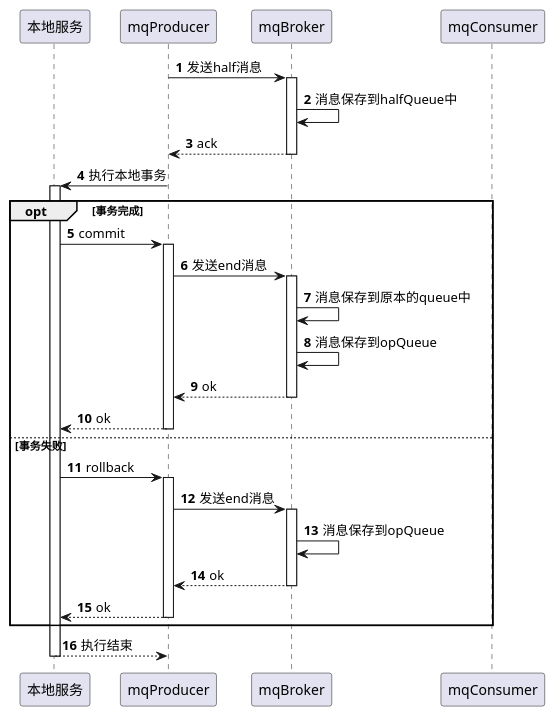
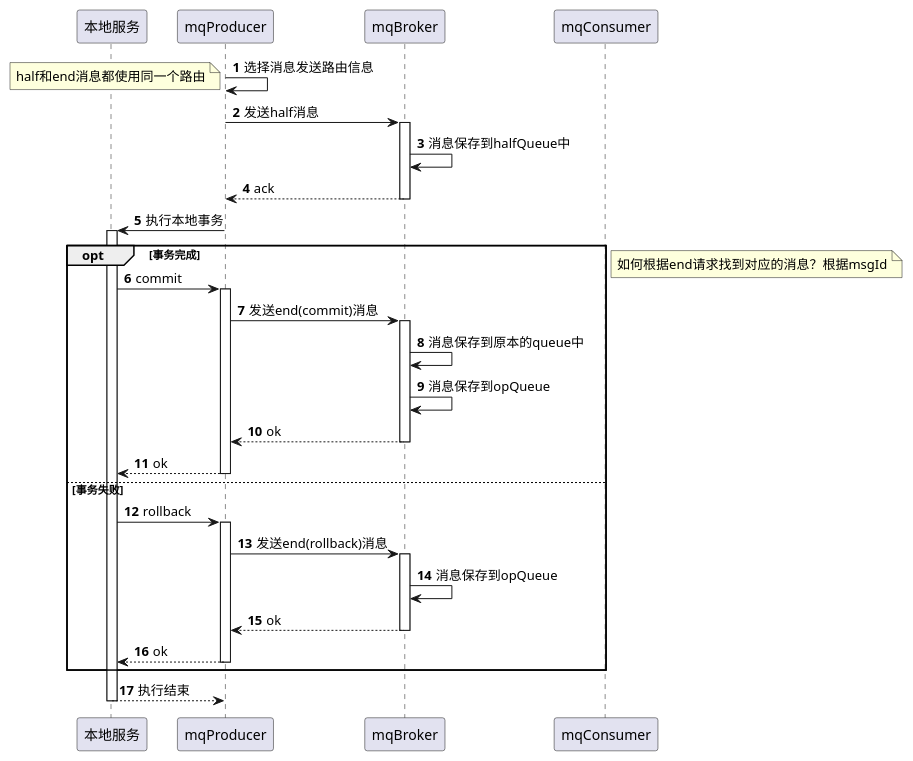
Before and after one commit to zexho994/Jinx: the diagram in docs/transaction/[时序] 全流程.puml, drawn with PlantUML.

```diff
--- a/docs/transaction/[时序] 全流程.puml
+++ b/docs/transaction/[时序] 全流程.puml
@@ -1,31 +1,34 @@
 @startuml
 autonumber
 
 participant 本地服务 as localServer
 participant mqProducer
 participant mqBroker
 participant mqConsumer
 
+mqProducer -> mqProducer : 选择消息发送路由信息
+note left : half和end消息都使用同一个路由
 mqProducer -> mqBroker ++: 发送half消息
 mqBroker -> mqBroker : 消息保存到halfQueue中
 return ack
 
 mqProducer -> localServer ++: 执行本地事务
 opt 事务完成
     localServer -> mqProducer ++: commit
-    mqProducer -> mqBroker ++: 发送end消息
+    mqProducer -> mqBroker ++: 发送end(commit)消息
     mqBroker -> mqBroker : 消息保存到原本的queue中
     mqBroker -> mqBroker : 消息保存到opQueue
     return ok
     return ok
 else 事务失败
     localServer -> mqProducer ++: rollback
-    mqProducer -> mqBroker ++: 发送end消息
+    mqProducer -> mqBroker ++: 发送end(rollback)消息
     mqBroker -> mqBroker : 消息保存到opQueue
     return ok
     return ok
 end
+note right: 如何根据end请求找到对应的消息？根据msgId
 
 return 执行结束
 
 @enduml
```
